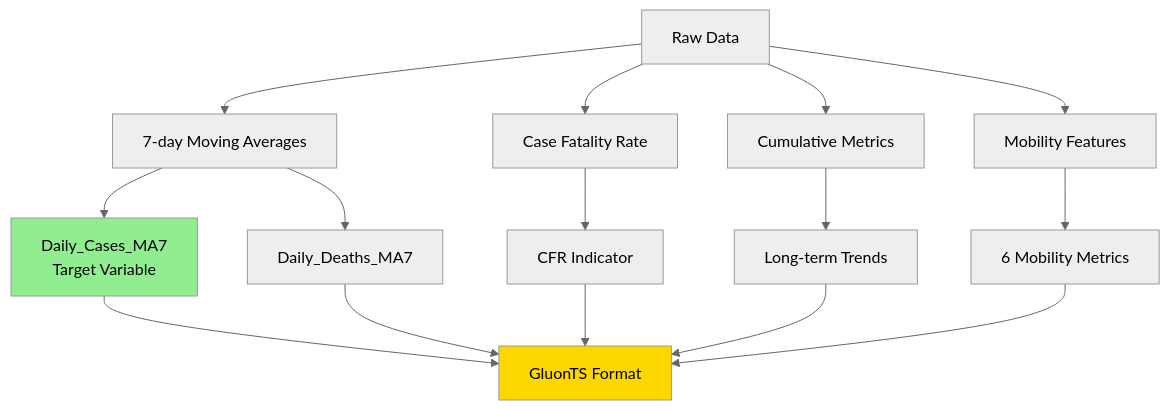
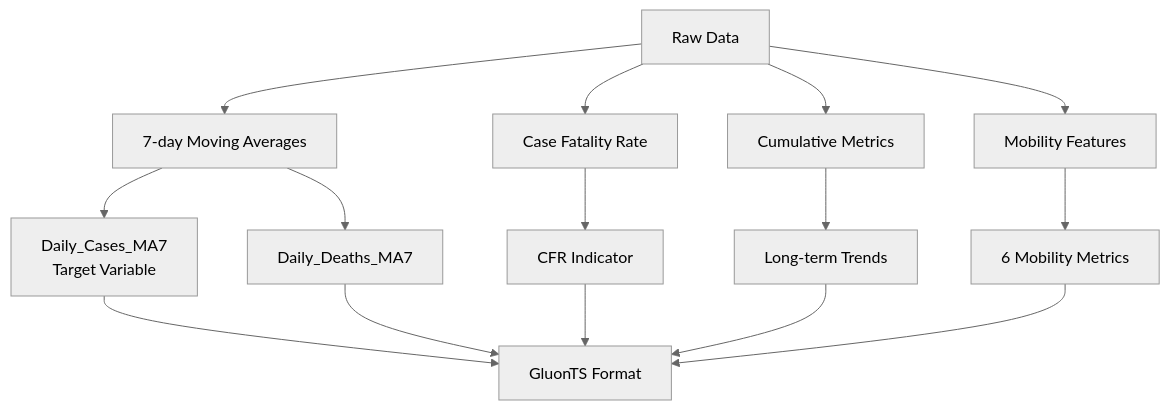
One commit to gpsaggese-org/umd_classes changed the third of 4 diagrams in tutorials/blog_GluonTS.md. Above: the diagram before and after it, drawn with Mermaid (neutral theme). The commit also changed other lines of this file, not shown here.

````diff
--- a/tutorials/blog_GluonTS.md
+++ b/tutorials/blog_GluonTS.md
@@ -183,22 +144,20 @@
 ```mermaid
 flowchart TD
     A[Raw Data] --> B[7-day Moving Averages]
     A --> C[Case Fatality Rate]
     A --> D[Cumulative Metrics]
     A --> E[Mobility Features]
     
     B --> F[Daily_Cases_MA7<br/>Target Variable]
     B --> G[Daily_Deaths_MA7]
     C --> H[CFR Indicator]
     D --> I[Long-term Trends]
     E --> J[6 Mobility Metrics]
     
     F --> K[GluonTS Format]
     G --> K
     H --> K
     I --> K
     J --> K
     
-    style F fill:#90ee90
-    style K fill:#ffd700
 ```
````
